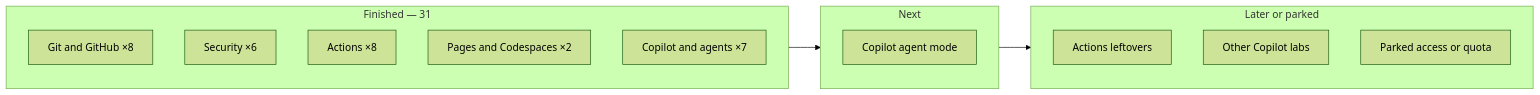
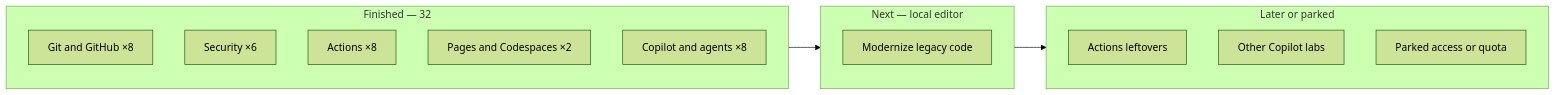
The diagram in ROADMAP.md (blackhebrewisraeli/github-skills-journey), drawn with Mermaid (forest theme) before and after one commit. The commit also changed other lines of this file and 3 other files, not shown here.

First line of the commit message:
Log Copilot agent mode as finished (32/40) and queue modernize.

````diff
--- a/ROADMAP.md
+++ b/ROADMAP.md
@@ -11,20 +11,20 @@
 ```mermaid
 flowchart LR
-    subgraph done [Finished — 31]
+    subgraph done [Finished — 32]
         G[Git and GitHub ×8]
         S[Security ×6]
         A[Actions ×8]
         P[Pages and Codespaces ×2]
-        C[Copilot and agents ×7]
+        C[Copilot and agents ×8]
     end
-    subgraph next [Next]
-        AM[Copilot agent mode]
+    subgraph next [Next — local editor]
+        MO[Modernize legacy code]
     end
     subgraph later [Later or parked]
         QA[Actions leftovers]
         AI[Other Copilot labs]
         PR[Parked access or quota]
     end
     done --> next
     next --> later
 ```
````
